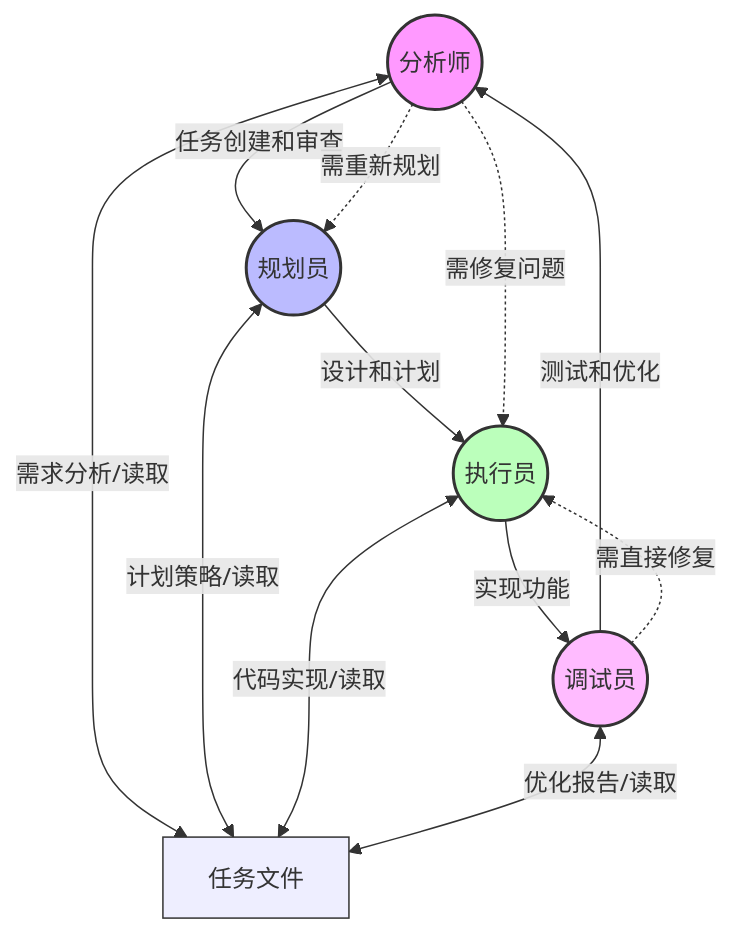
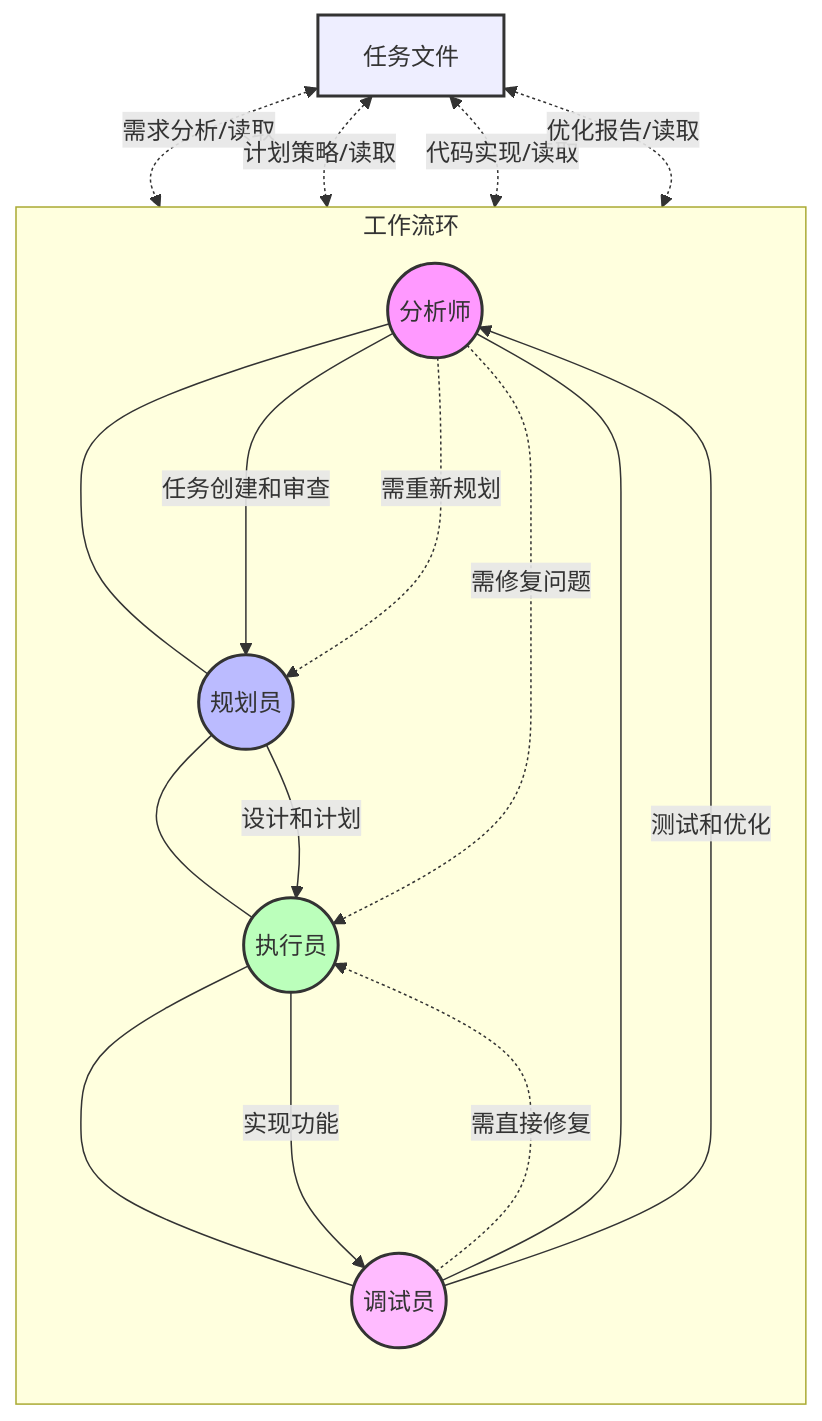
Before and after one commit to wanjochan/ai-coding: the diagram in ai/tasker-v2.5.md, drawn with Mermaid. The commit also changed other lines of this file, not shown here.

Commit message:
try again for the circle

````diff
--- a/ai/tasker-v2.5.md
+++ b/ai/tasker-v2.5.md
@@ -16,33 +16,42 @@
 ```mermaid
-graph TB
+graph TD
     %% 节点定义
     T[任务文件]
     A((分析师))
     P((规划员))
     E((执行员))
     D((调试员))
     
-    %% 环状连接 - 主要工作流
+    %% 布局定义
+    subgraph flow[工作流环]
+        direction TB
+        A --- P --- E --- D --- A
+    end
+    
+    %% 主要工作流连接
     A -->|任务创建和审查| P
     P -->|设计和计划| E
     E -->|实现功能| D
     D -->|测试和优化| A
     
-    %% 与任务文件的交互 - 简化为双向箭头
-    A <-->|需求分析/读取| T
-    P <-->|计划策略/读取| T
-    E <-->|代码实现/读取| T
-    D <-->|优化报告/读取| T
+    %% 与中心任务文件的交互
+    T <-.->|需求分析/读取| A
+    T <-.->|计划策略/读取| P
+    T <-.->|代码实现/读取| E
+    T <-.->|优化报告/读取| D
     
     %% 返工路径
-    A -.->|需重新规划| P
-    A -.->|需修复问题| E
-    D -.->|需直接修复| E
+    A -..->|需重新规划| P
+    A -..->|需修复问题| E
+    D -..->|需直接修复| E
     
     %% 节点样式
     style A fill:#f9f,stroke:#333,stroke-width:2px
     style P fill:#bbf,stroke:#333,stroke-width:2px
     style E fill:#bfb,stroke:#333,stroke-width:2px
     style D fill:#fbf,stroke:#333,stroke-width:2px
-    style T fill:#eef,stroke:#333,stroke-width:1px
+    style T fill:#eef,stroke:#333,stroke-width:2px
+    
+    %% 中心任务文件位置
+    T
 ```
````
